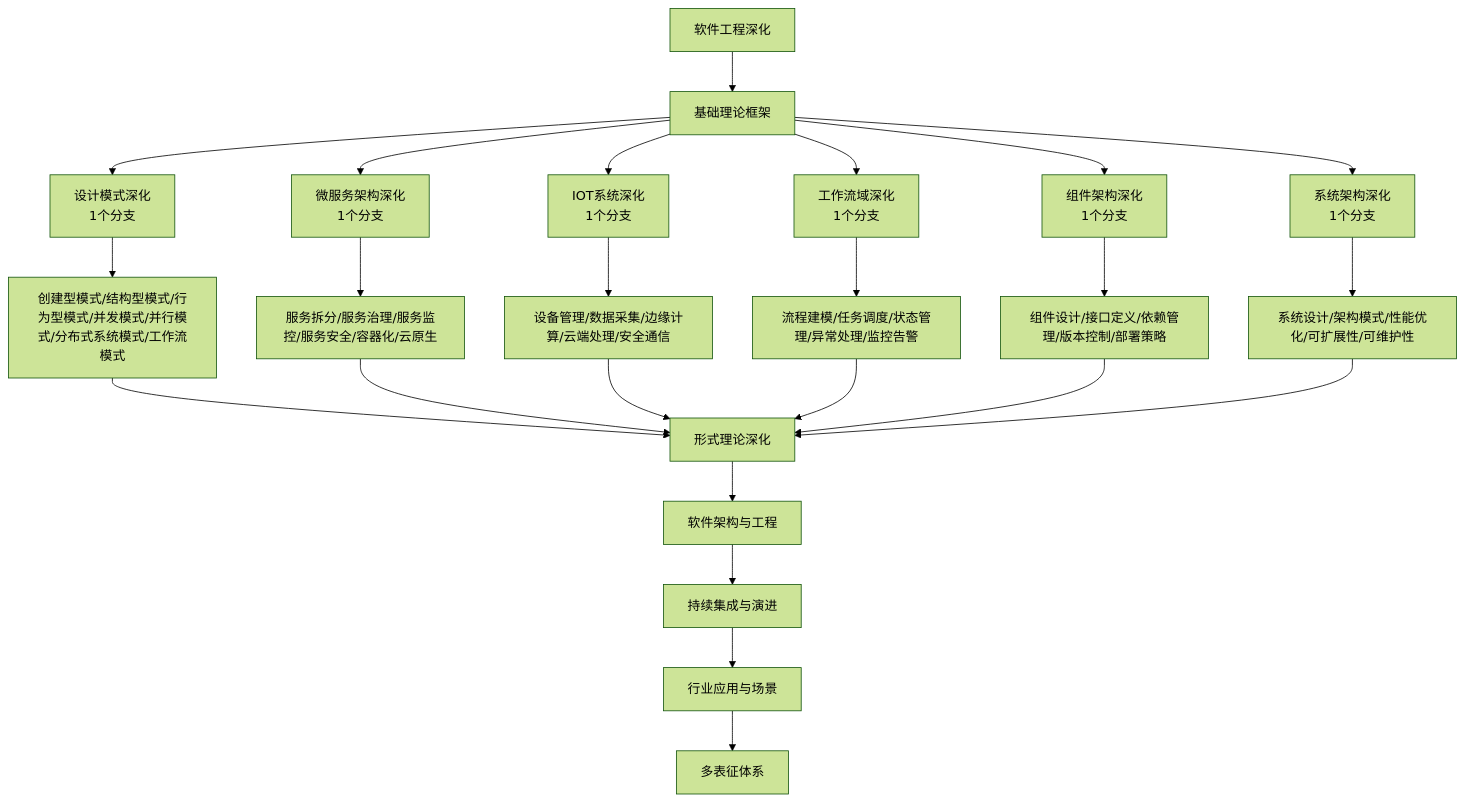
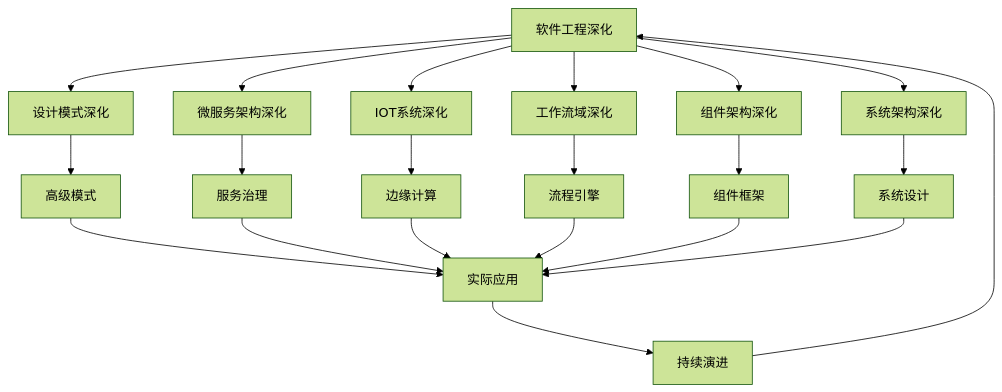
Before and after one commit to AdaMartin18010/Data-Science: the diagram in Analysis/9-软件工程深化/README.md, drawn with Mermaid (forest theme). The commit also changed other lines of this file and 11 other files, not shown here.

````diff
--- a/Analysis/9-软件工程深化/README.md
+++ b/Analysis/9-软件工程深化/README.md
@@ -31,23 +35,26 @@
 ```mermaid
-flowchart TD
-  A[软件工程深化] --> B[基础理论框架]
-  B --> C1[设计模式深化<br/>1个分支]
-  B --> C2[微服务架构深化<br/>1个分支]
-  B --> C3[IOT系统深化<br/>1个分支]
-  B --> C4[工作流域深化<br/>1个分支]
-  B --> C5[组件架构深化<br/>1个分支]
-  B --> C6[系统架构深化<br/>1个分支]
-  
-  C1 --> D[创建型模式/结构型模式/行为型模式/并发模式/并行模式/分布式系统模式/工作流模式]
-  C2 --> E[服务拆分/服务治理/服务监控/服务安全/容器化/云原生]
-  C3 --> F[设备管理/数据采集/边缘计算/云端处理/安全通信]
-  C4 --> G[流程建模/任务调度/状态管理/异常处理/监控告警]
-  C5 --> H[组件设计/接口定义/依赖管理/版本控制/部署策略]
-  C6 --> I[系统设计/架构模式/性能优化/可扩展性/可维护性]
-  
-  D & E & F & G & H & I --> J[形式理论深化]
-  J --> K[软件架构与工程]
-  K --> L[持续集成与演进]
-  L --> M[行业应用与场景]
-  M --> N[多表征体系]
+graph TB
+    A[软件工程深化] --> B[设计模式深化]
+    A --> C[微服务架构深化]
+    A --> D[IOT系统深化]
+    A --> E[工作流域深化]
+    A --> F[组件架构深化]
+    A --> G[系统架构深化]
+    
+    B --> H[高级模式]
+    C --> I[服务治理]
+    D --> J[边缘计算]
+    E --> K[流程引擎]
+    F --> L[组件框架]
+    G --> M[系统设计]
+    
+    H --> N[实际应用]
+    I --> N
+    J --> N
+    K --> N
+    L --> N
+    M --> N
+    
+    N --> O[持续演进]
+    O --> A
 ```
````
